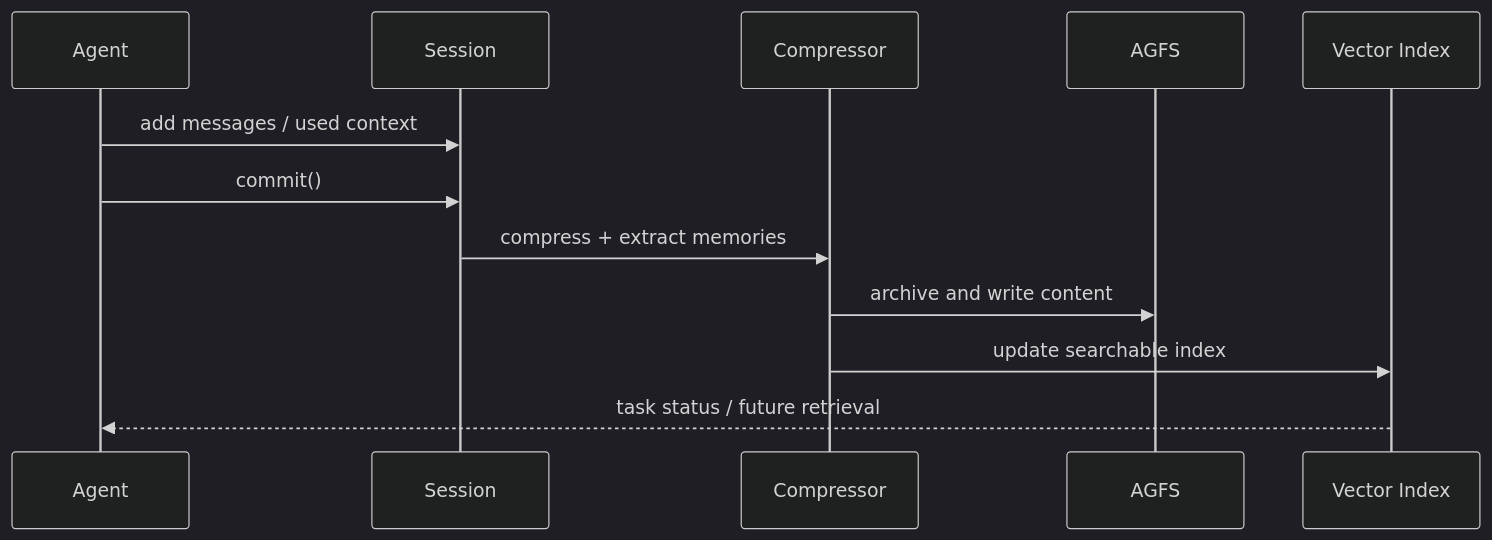
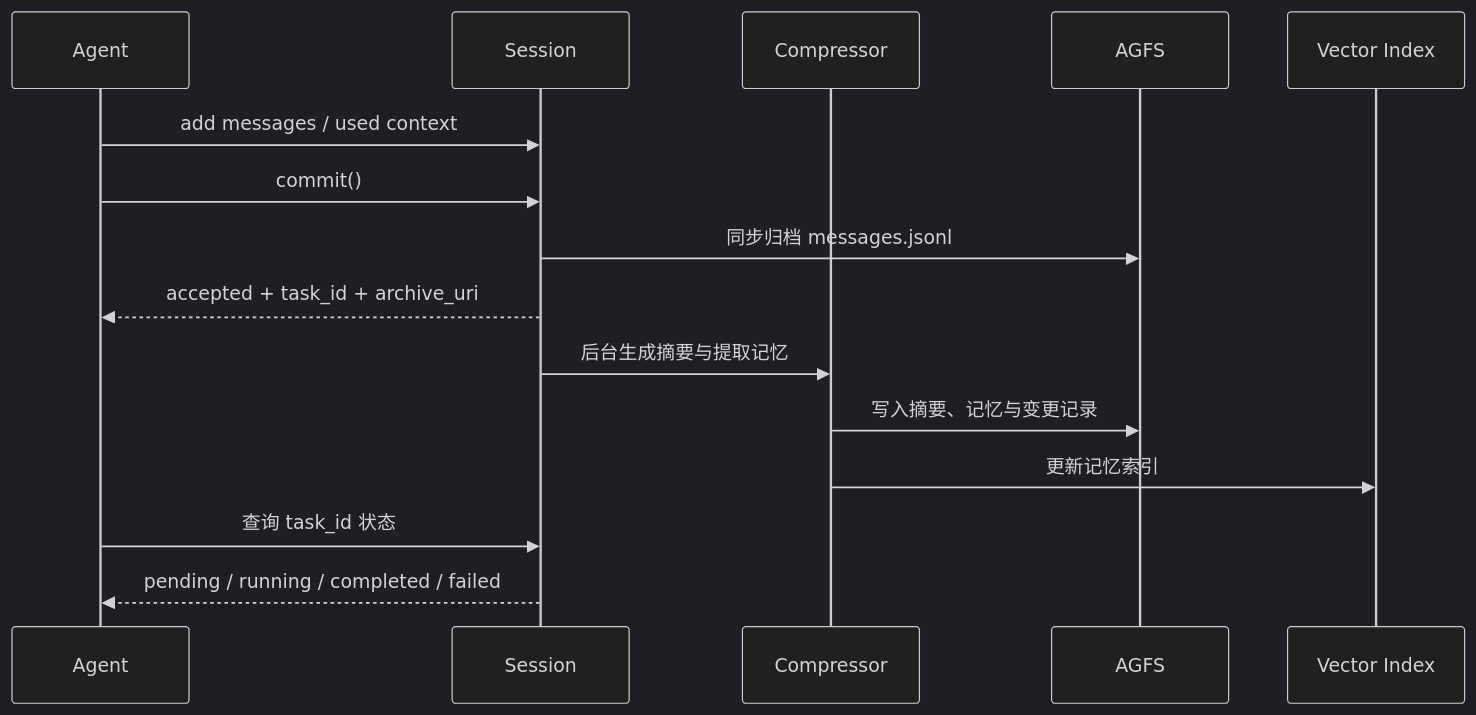
The diagram in src/content/writing/openviking-session-governance.md (MarkingYang/aidea-lab), drawn with Mermaid (dark theme) before and after one commit. The commit also changed other lines of this file and 106 other files, not shown here.

Commit message:
content: complete full editorial optimization and harness architecture guide

````diff
--- a/src/content/writing/openviking-session-governance.md
+++ b/src/content/writing/openviking-session-governance.md
@@ -18,14 +18,17 @@
 ```mermaid
 sequenceDiagram
   participant A as Agent
   participant S as Session
   participant C as Compressor
   participant F as AGFS
   participant V as Vector Index
   A->>S: add messages / used context
   A->>S: commit()
-  S->>C: compress + extract memories
-  C->>F: archive and write content
-  C->>V: update searchable index
-  V-->>A: task status / future retrieval
+  S->>F: 同步归档 messages.jsonl
+  S-->>A: accepted + task_id + archive_uri
+  S->>C: 后台生成摘要与提取记忆
+  C->>F: 写入摘要、记忆与变更记录
+  C->>V: 更新记忆索引
+  A->>S: 查询 task_id 状态
+  S-->>A: pending / running / completed / failed
 ```
````
